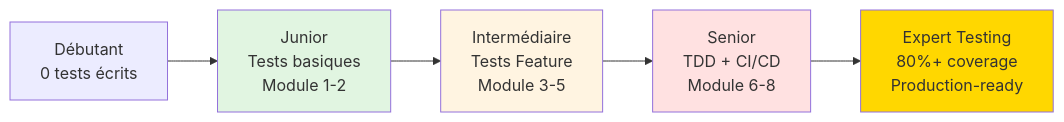
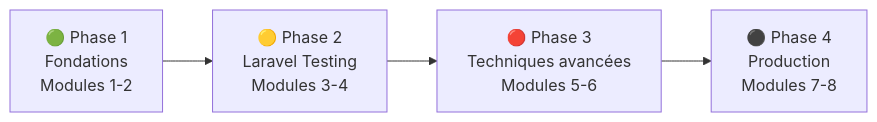
One commit to zyrass/omnydocs changed the diagram in docs/dev-cloud/tests-qualite/phpunit/index.md. Above: the diagram before and after it, drawn with Mermaid. The commit also changed other lines of this file and 1246 other files, not shown here.

````diff
--- a/docs/dev-cloud/tests-qualite/phpunit/index.md
+++ b/docs/dev-cloud/tests-qualite/phpunit/index.md
@@ -1516,22 +28,6 @@
 ```mermaid
-graph LR
-    Start[Débutant<br/>0 tests écrits]
-    
-    Junior[Junior<br/>Tests basiques<br/>Module 1-2]
-    
-    Inter[Intermédiaire<br/>Tests Feature<br/>Module 3-5]
-    
-    Senior[Senior<br/>TDD + CI/CD<br/>Module 6-8]
-    
-    Expert[Expert Testing<br/>80%+ coverage<br/>Production-ready]
-    
-    Start --> Junior
-    Junior --> Inter
-    Inter --> Senior
-    Senior --> Expert
-    
-    style Junior fill:#e1f5e1
-    style Inter fill:#fff4e1
-    style Senior fill:#ffe1e1
-    style Expert fill:#ffd700
+flowchart LR
+    P1["🟢 Phase 1<br/>Fondations<br/>Modules 1-2"] --> P2["🟡 Phase 2<br/>Laravel Testing<br/>Modules 3-4"]
+    P2 --> P3["🔴 Phase 3<br/>Techniques avancées<br/>Modules 5-6"]
+    P3 --> P4["⚫ Phase 4<br/>Production<br/>Modules 7-8"]
 ```
````
